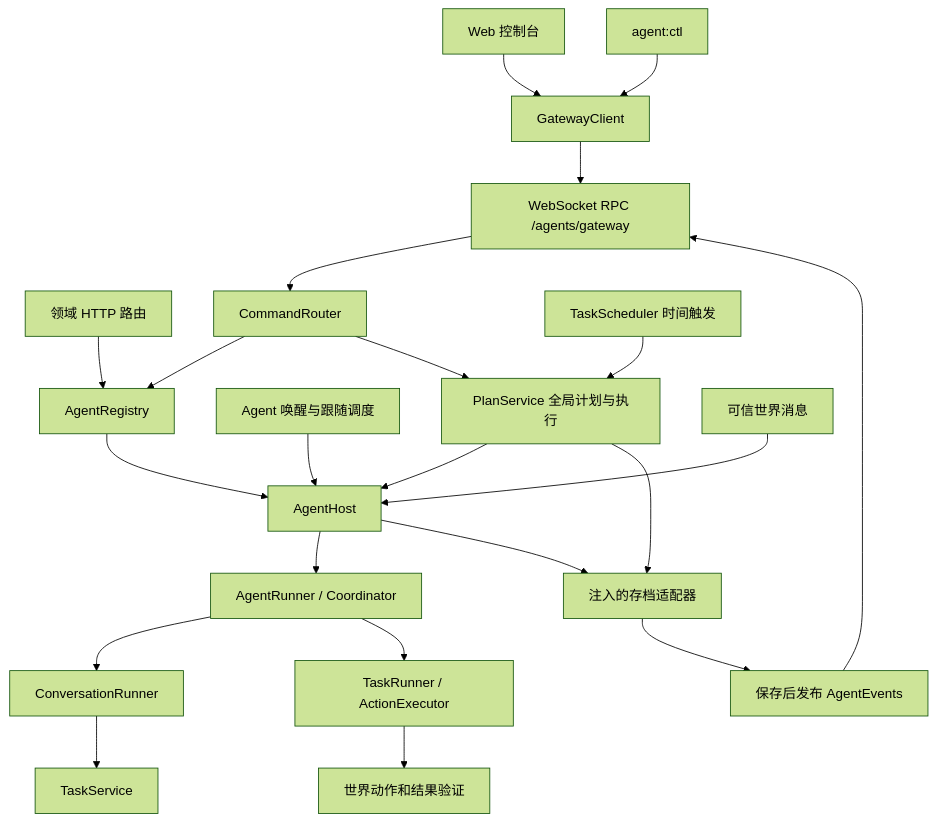
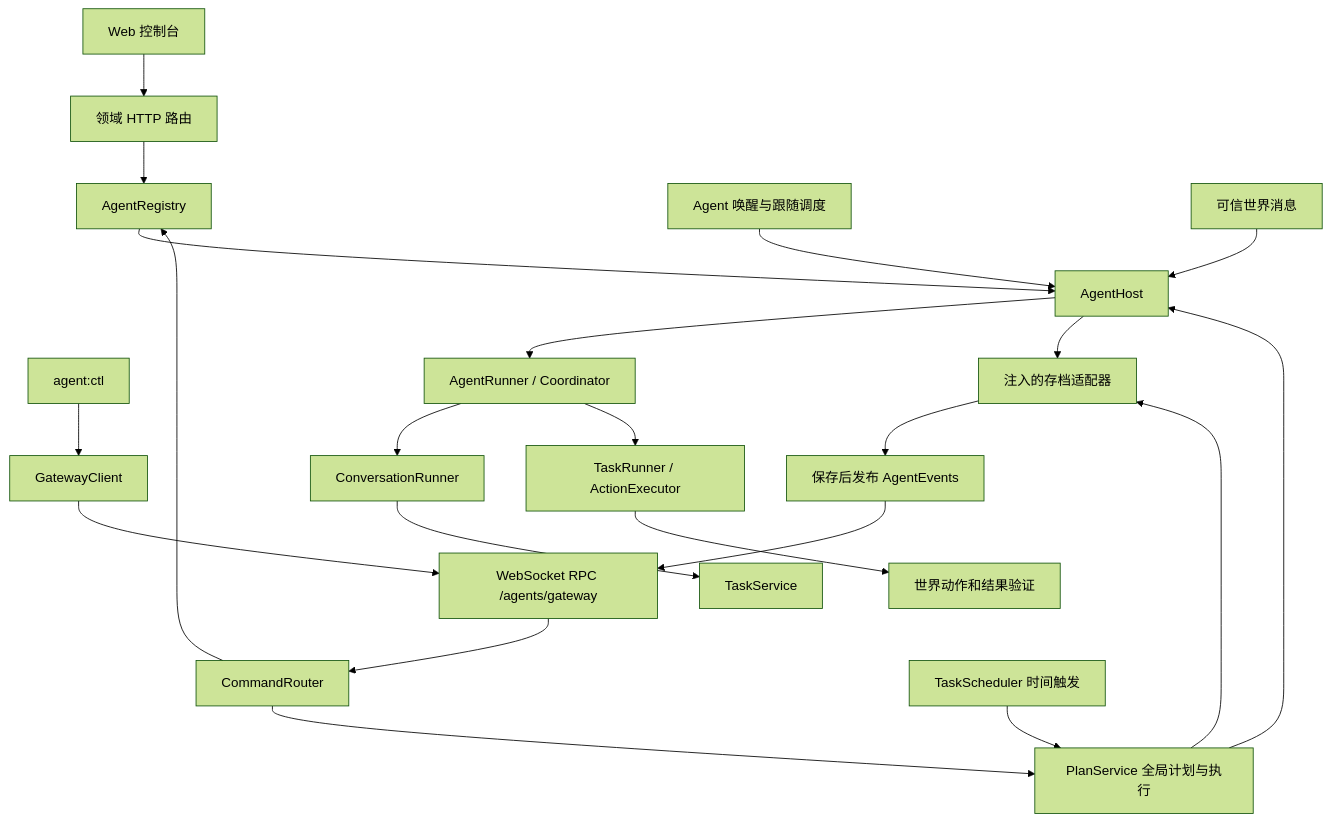
Before and after one commit to lulabs-org/agent-voxel-world: the diagram in docs/AGENT_GATEWAY.md, drawn with Mermaid (forest theme). The commit also changed other lines of this file and 16 other files, not shown here.

````diff
--- a/docs/AGENT_GATEWAY.md
+++ b/docs/AGENT_GATEWAY.md
@@ -5,24 +5,24 @@
 ```mermaid
 flowchart TD
-  Web[Web 控制台] --> Client[GatewayClient]
-  CLI[agent:ctl] --> Client
+  Web[Web 控制台] --> HTTP[领域 HTTP 路由]
+  CLI[agent:ctl] --> Client[GatewayClient]
   Client --> RPC[WebSocket RPC /agents/gateway]
-  HTTP[领域 HTTP 路由] --> Registry
+  HTTP --> Registry
   RPC --> Router[CommandRouter]
   Router --> Registry[AgentRegistry]
   Scheduler[Agent 唤醒与跟随调度] --> Host[AgentHost]
   Router --> Plans[PlanService 全局计划与执行]
   Timer[TaskScheduler 时间触发] --> Plans
   Plans --> Host
   Plans --> Archive
   Registry --> Host
   Host --> Runner[AgentRunner / Coordinator]
   Player[可信世界消息] --> Host
   Runner --> Conversation[ConversationRunner]
   Runner --> Task[TaskRunner / ActionExecutor]
   Conversation --> Rules[TaskService]
   Task --> World[世界动作和结果验证]
   Host --> Archive[注入的存档适配器]
   Archive --> Events[保存后发布 AgentEvents]
   Events --> RPC
 ```
````
